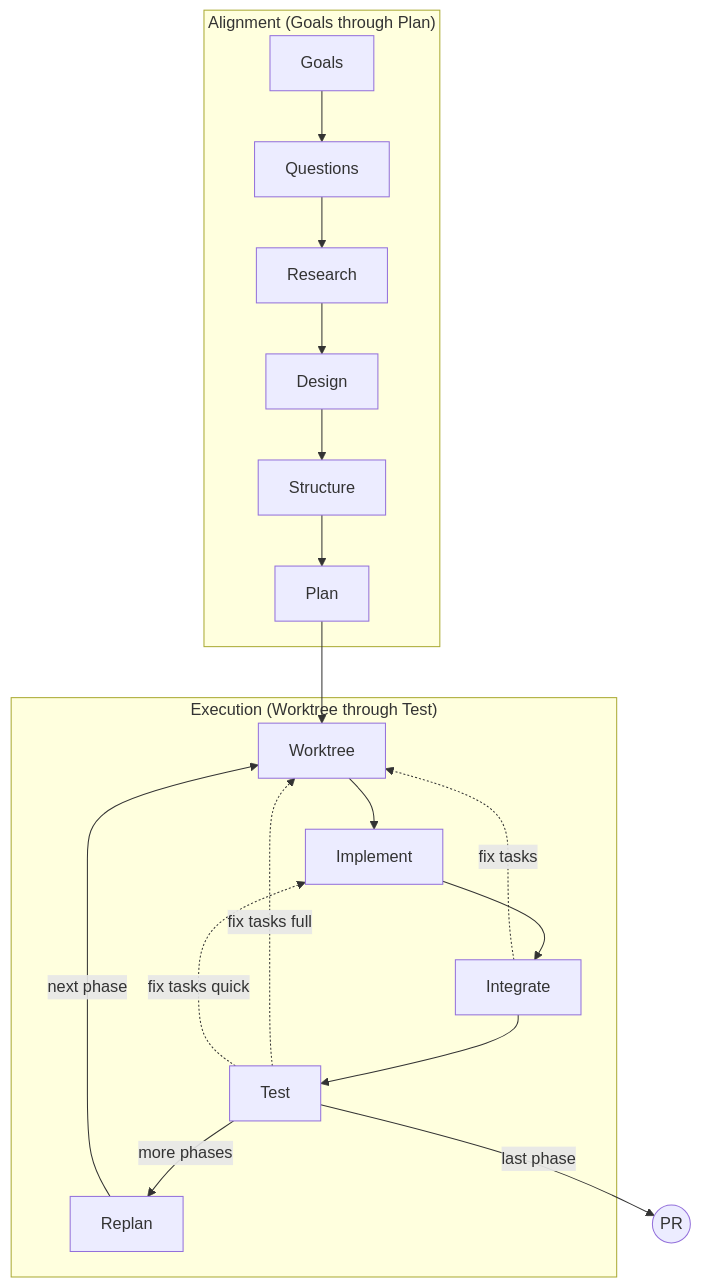
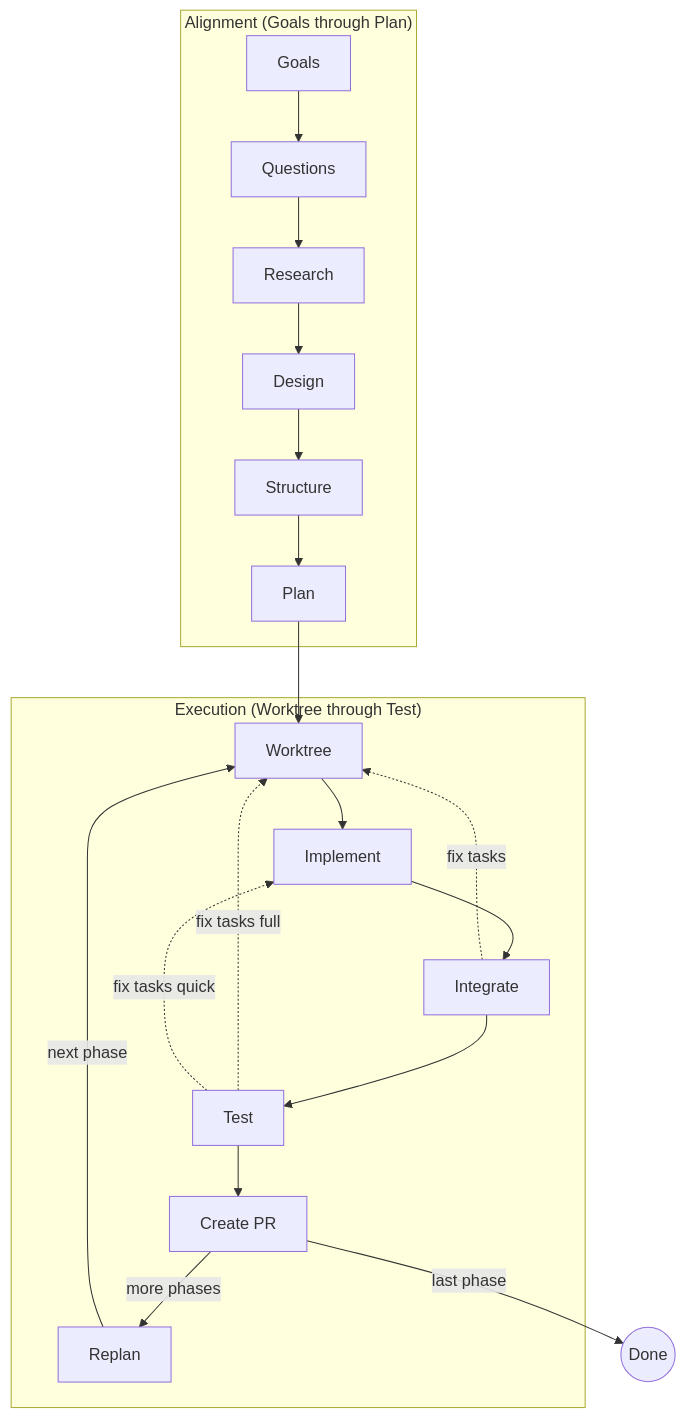
Before and after one commit to dfrysinger/qrspi-plus: the first of 14 diagrams in README.md, drawn with Mermaid. The commit also changed other lines of this file and 2 other files, not shown here.

Commit message:
feat: create PR after every phase, not just final

````diff
--- a/README.md
+++ b/README.md
@@ -11,22 +11,23 @@
 ```mermaid
 flowchart TD
     subgraph alignment["Alignment (Goals through Plan)"]
         Goals[Goals] --> Questions[Questions]
         Questions --> Research[Research]
         Research --> Design[Design]
         Design --> Structure[Structure]
         Structure --> Plan[Plan]
     end
     subgraph execution["Execution (Worktree through Test)"]
         Worktree[Worktree] --> Implement[Implement]
         Implement --> Integrate[Integrate]
         Integrate --> Test[Test]
-        Test -->|more phases| Replan[Replan]
+        Test --> PR[Create PR]
+        PR -->|more phases| Replan[Replan]
         Replan -->|next phase| Worktree
     end
     Plan --> Worktree
-    Test -->|last phase| PR((PR))
+    PR -->|last phase| Done((Done))
     Integrate -.->|fix tasks| Worktree
     Test -.->|fix tasks full| Worktree
     Test -.->|fix tasks quick| Implement
 ```
````
